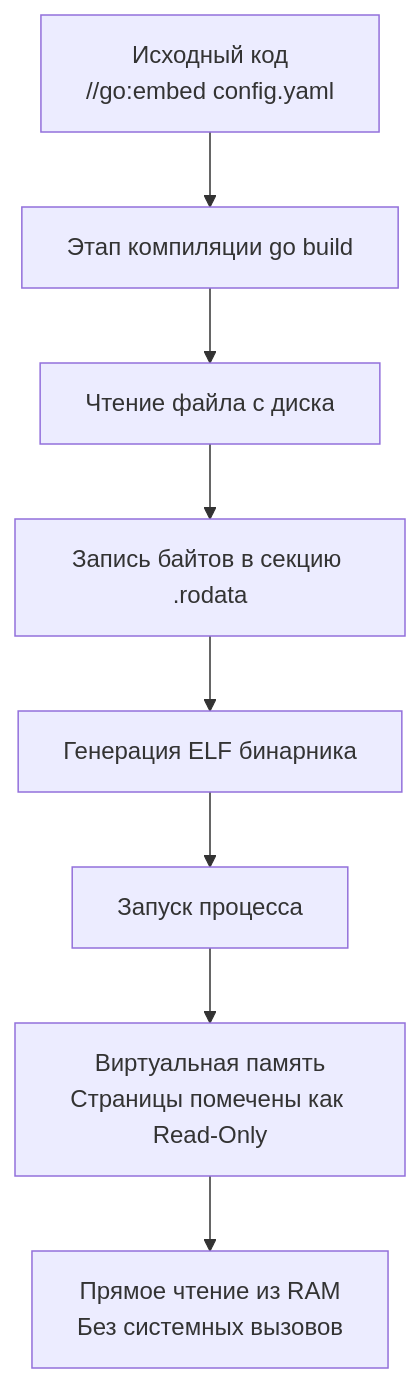
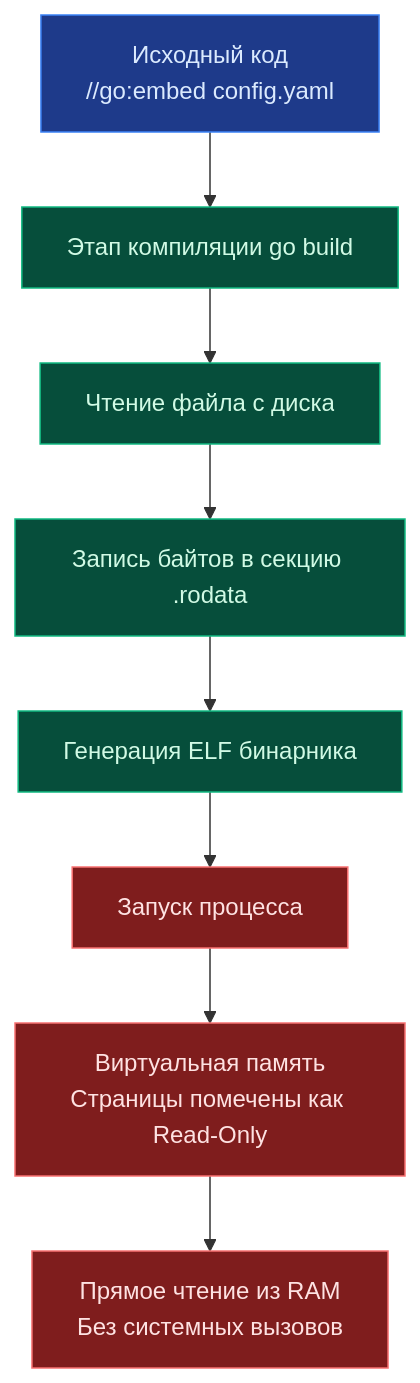
The diagram in sources/6. Стандартная библиотека Go/14. embed. Встраивание файлов в бинарник.md (UnrealTemplier/go-textbook), drawn with Mermaid before and after one commit. The commit also changed other lines of this file, not shown here.

````diff
--- a/sources/6. Стандартная библиотека Go/14. embed. Встраивание файлов в бинарник.md
+++ b/sources/6. Стандартная библиотека Go/14. embed. Встраивание файлов в бинарник.md
@@ -48,10 +12,18 @@
 ```mermaid
 flowchart TD
     A["Исходный код<br>//go:embed config.yaml"] --> B["Этап компиляции go build"]
     B --> C["Чтение файла с диска"]
     C --> D["Запись байтов в секцию .rodata"]
     D --> E["Генерация ELF бинарника"]
     E --> F["Запуск процесса"]
     F --> G["Виртуальная память<br>Страницы помечены как Read-Only"]
     G --> H["Прямое чтение из RAM<br>Без системных вызовов"]
+
+    classDef src fill:#1e3a8a,stroke:#3b82f6,color:#dbeafe;
+    classDef build fill:#064e3b,stroke:#10b981,color:#d1fae5;
+    classDef os fill:#7f1d1d,stroke:#f87171,color:#fee2e2;
+
+    class A src;
+    class B,C,D,E build;
+    class F,G,H os;
 ```
````
